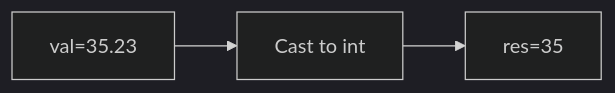
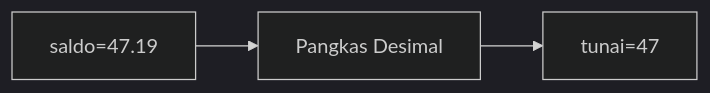
Before and after one commit to amnahwaida/OSNK_INF_PREP: diagram 17 of 25 in part-c-pemahaman-cpp/01-tipe-data/latihan/set-10.md, drawn with Mermaid (dark theme). The commit also changed other lines of this file and 71 other files, not shown here.

````diff
--- a/part-c-pemahaman-cpp/01-tipe-data/latihan/set-10.md
+++ b/part-c-pemahaman-cpp/01-tipe-data/latihan/set-10.md
@@ -487,5 +477,5 @@
 ```mermaid
 graph LR
-A["val=35.23"] --> B["Cast to int"]
-B --> C["res=35"]
+A["saldo=47.19"] --> B["Pangkas Desimal"]
+B --> C["tunai=47"]
 ```
````
